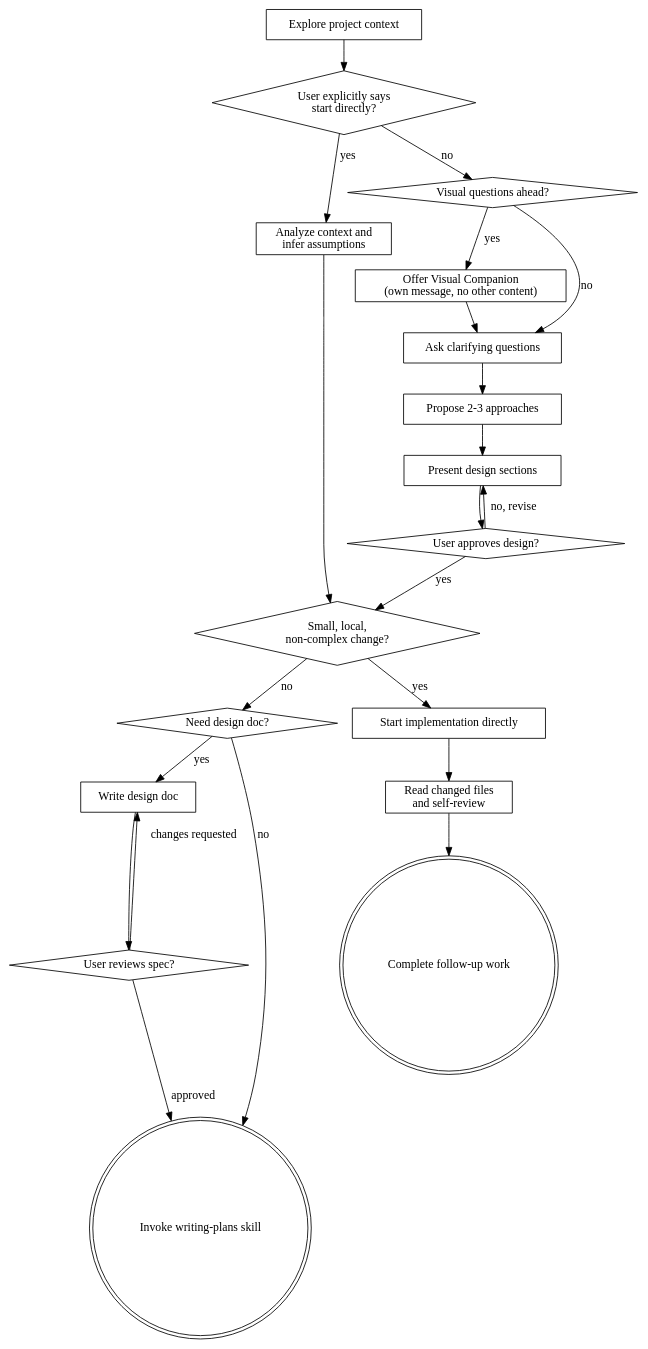
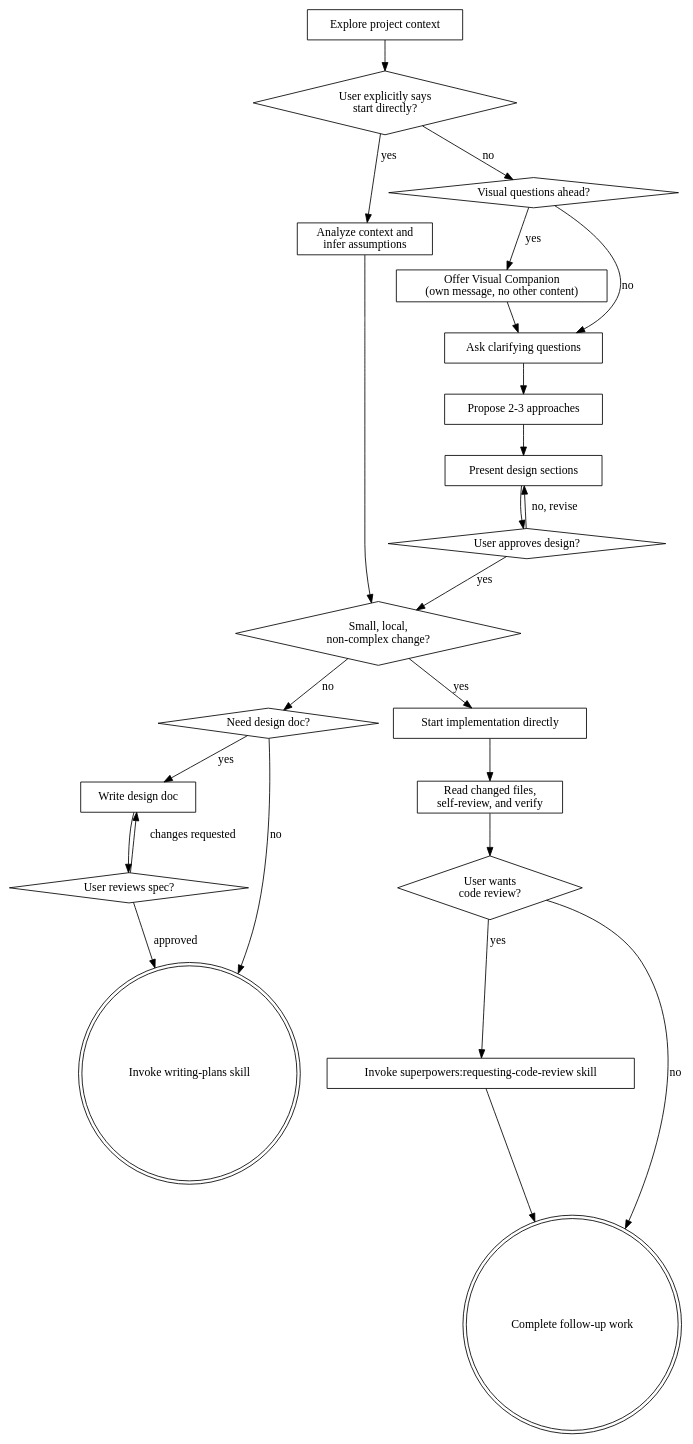
One commit to HeathWang/superpowers changed the diagram in skills/brainstorming/SKILL.md. Above: the diagram before and after it, drawn with Graphviz. The commit also changed other lines of this file and 1 other file, not shown here.

Commit message:
refactor(brainstorming): 补充小型直行路径的评审门禁 (2个文件)
1. 明确小型直行路径完成前需要自检和验证
2. 增加代码评审升级的用户授权门禁
3. 约束评审流程必须先调用 requesting-code-review 技能

📝🔍✅

````diff
--- a/skills/brainstorming/SKILL.md
+++ b/skills/brainstorming/SKILL.md
@@ -48,43 +49,48 @@
 ```dot
 digraph brainstorming {
     "Explore project context" [shape=box];
     "User explicitly says\nstart directly?" [shape=diamond];
     "Analyze context and\ninfer assumptions" [shape=box];
     "Visual questions ahead?" [shape=diamond];
     "Offer Visual Companion\n(own message, no other content)" [shape=box];
     "Ask clarifying questions" [shape=box];
     "Propose 2-3 approaches" [shape=box];
     "Present design sections" [shape=box];
     "User approves design?" [shape=diamond];
     "Small, local,\nnon-complex change?" [shape=diamond];
     "Need design doc?" [shape=diamond];
     "Write design doc" [shape=box];
     "User reviews spec?" [shape=diamond];
     "Start implementation directly" [shape=box];
-    "Read changed files\nand self-review" [shape=box];
+    "Read changed files,\nself-review, and verify" [shape=box];
+    "User wants\ncode review?" [shape=diamond];
+    "Invoke superpowers:requesting-code-review skill" [shape=box];
     "Invoke writing-plans skill" [shape=doublecircle];
     "Complete follow-up work" [shape=doublecircle];
 
     "Explore project context" -> "User explicitly says\nstart directly?";
     "User explicitly says\nstart directly?" -> "Analyze context and\ninfer assumptions" [label="yes"];
     "User explicitly says\nstart directly?" -> "Visual questions ahead?" [label="no"];
     "Analyze context and\ninfer assumptions" -> "Small, local,\nnon-complex change?";
     "Visual questions ahead?" -> "Offer Visual Companion\n(own message, no other content)" [label="yes"];
     "Visual questions ahead?" -> "Ask clarifying questions" [label="no"];
     "Offer Visual Companion\n(own message, no other content)" -> "Ask clarifying questions";
     "Ask clarifying questions" -> "Propose 2-3 approaches";
     "Propose 2-3 approaches" -> "Present design sections";
     "Present design sections" -> "User approves design?";
     "User approves design?" -> "Present design sections" [label="no, revise"];
     "User approves design?" -> "Small, local,\nnon-complex change?" [label="yes"];
     "Small, local,\nnon-complex change?" -> "Start implementation directly" [label="yes"];
     "Small, local,\nnon-complex change?" -> "Need design doc?" [label="no"];
     "Need design doc?" -> "Write design doc" [label="yes"];
     "Need design doc?" -> "Invoke writing-plans skill" [label="no"];
     "User reviews spec?" -> "Write design doc" [label="changes requested"];
     "Write design doc" -> "User reviews spec?";
     "User reviews spec?" -> "Invoke writing-plans skill" [label="approved"];
-    "Start implementation directly" -> "Read changed files\nand self-review";
-    "Read changed files\nand self-review" -> "Complete follow-up work";
+    "Start implementation directly" -> "Read changed files,\nself-review, and verify";
+    "Read changed files,\nself-review, and verify" -> "User wants\ncode review?";
+    "User wants\ncode review?" -> "Invoke superpowers:requesting-code-review skill" [label="yes"];
+    "User wants\ncode review?" -> "Complete follow-up work" [label="no"];
+    "Invoke superpowers:requesting-code-review skill" -> "Complete follow-up work";
 }
 ```
````
